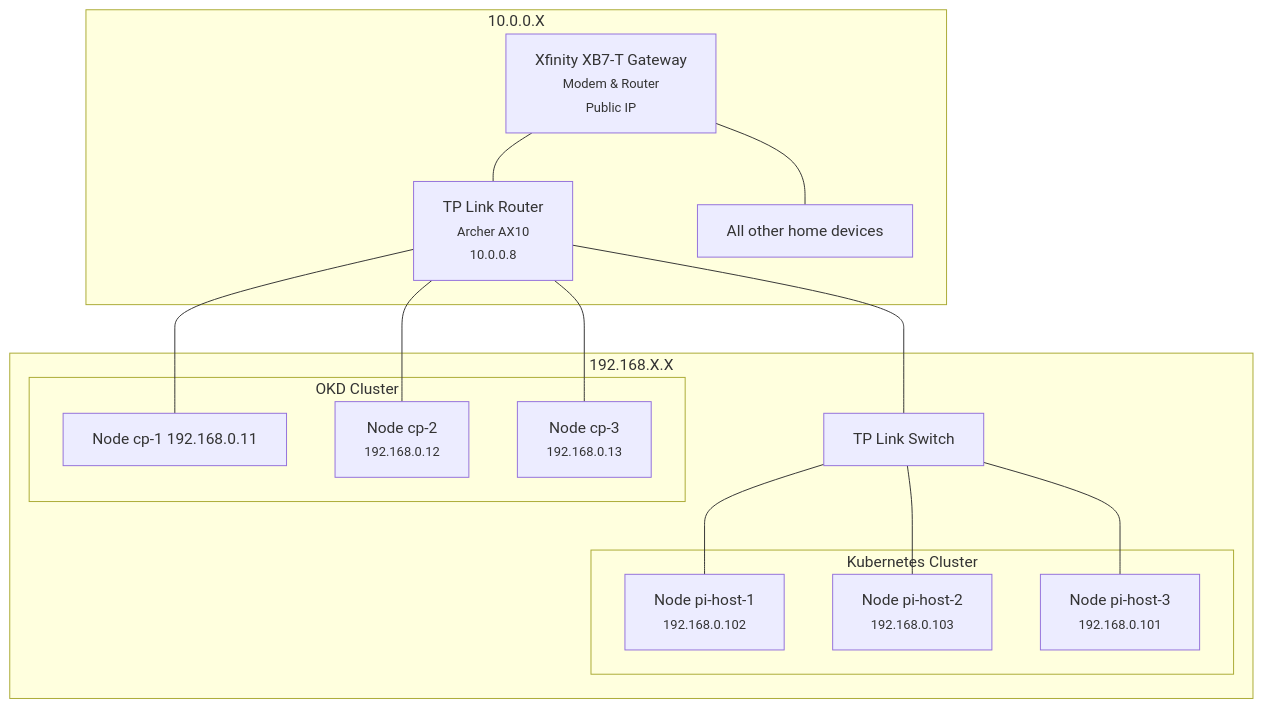
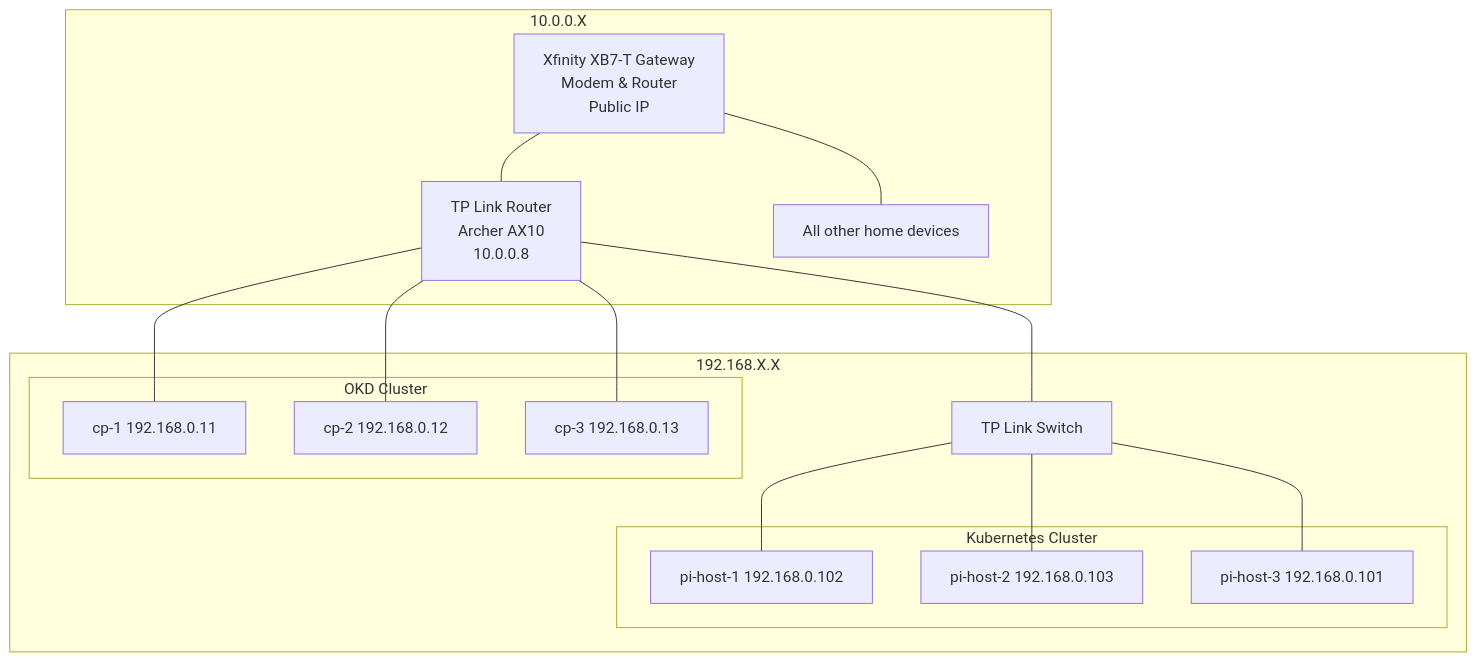
The diagram in README.md (jennweir/HomeLab), drawn with Mermaid before and after one commit.

Commit message:
feat(readme): edit formatting

````diff
--- a/README.md
+++ b/README.md
@@ -3,30 +3,30 @@
 ```mermaid
 graph TD
 subgraph 10.0.0.X
-A[Xfinity XB7-T Gateway<br/><small>Modem & Router</small><br/><small>Public IP</small>]
+A[Xfinity XB7-T Gateway<br/>Modem & Router<br/>Public IP]
 A --- B
 A --- J
 J[All other home devices]
 end
-B[TP Link Router <br/><small>Archer AX10</small><br/><small>10.0.0.8</small>]
+B[TP Link Router <br/>Archer AX10<br/>10.0.0.8]
 B --- C
 B --- D
 B --- E
 B --- F
 subgraph 192.168.X.X
 subgraph OKD Cluster
-C["Node cp-1 192.168.0.11"]
-D[Node cp-2 <br/><small>192.168.0.12</small>]
-E[Node cp-3 <br/><small>192.168.0.13</small>]
+C["cp-1 192.168.0.11"]
+D["cp-2 192.168.0.12"]
+E["cp-3 192.168.0.13"]
 end
 F[TP Link Switch]
 subgraph Kubernetes Cluster
-G[Node pi-host-1 <br/><small>192.168.0.102</small>]
-H[Node pi-host-2 <br/><small>192.168.0.103</small>]
-I[Node pi-host-3 <br/><small>192.168.0.101</small>]
+G["pi-host-1 192.168.0.102"]
+H["pi-host-2 192.168.0.103"]
+I["pi-host-3 192.168.0.101"]
 end
 F --- G
 F --- H
 F --- I
 end
 ```
````
